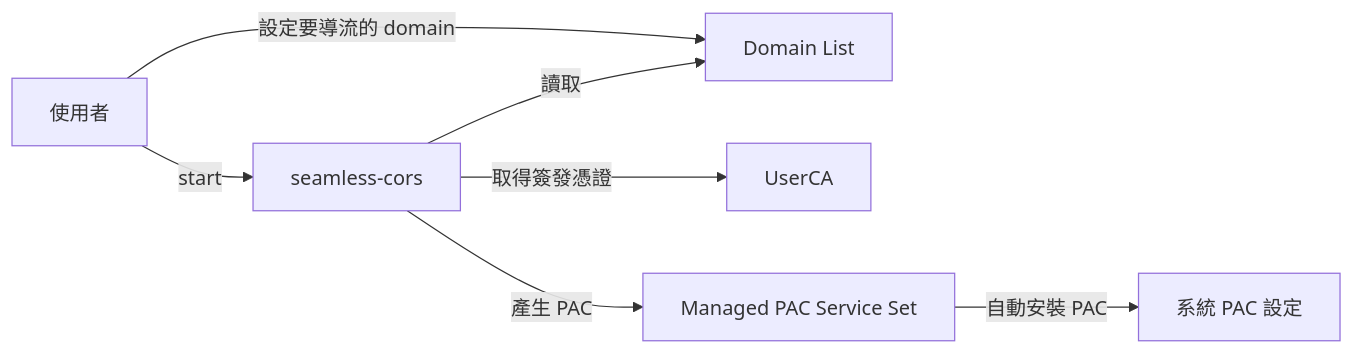
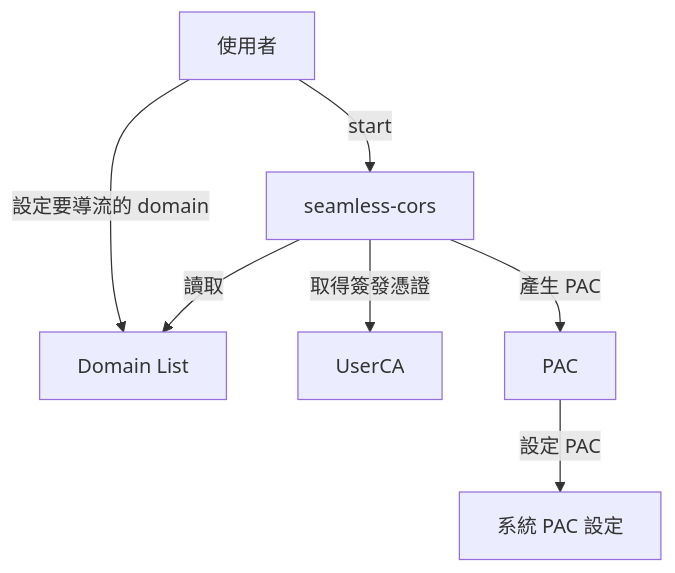
Before and after one commit to QzCurious/seamless-cors: the second of 7 diagrams in diagrams/v4.md, drawn with Mermaid. The commit also changed other lines of this file and 3 other files, not shown here.

Commit message:
update diagrams

````diff
--- a/diagrams/v4.md
+++ b/diagrams/v4.md
@@ -17,16 +17,16 @@
 ```mermaid
-flowchart LR
+flowchart TD
   User[使用者]
   SeamlessCors[seamless-cors]
   DomainList[Domain List]
   UserCA[UserCA]
-  ManagedPAC[Managed PAC Service Set]
+  PAC[PAC]
   SystemPAC[系統 PAC 設定]
 
   User -->|設定要導流的 domain| DomainList
   User -->|start| SeamlessCors
   SeamlessCors -->|讀取| DomainList
   SeamlessCors -->|取得簽發憑證| UserCA
-  SeamlessCors -->|產生 PAC| ManagedPAC
-  ManagedPAC -->|自動安裝 PAC| SystemPAC
+  SeamlessCors -->|產生 PAC| PAC
+  PAC -->|設定 PAC| SystemPAC
 ```
````
